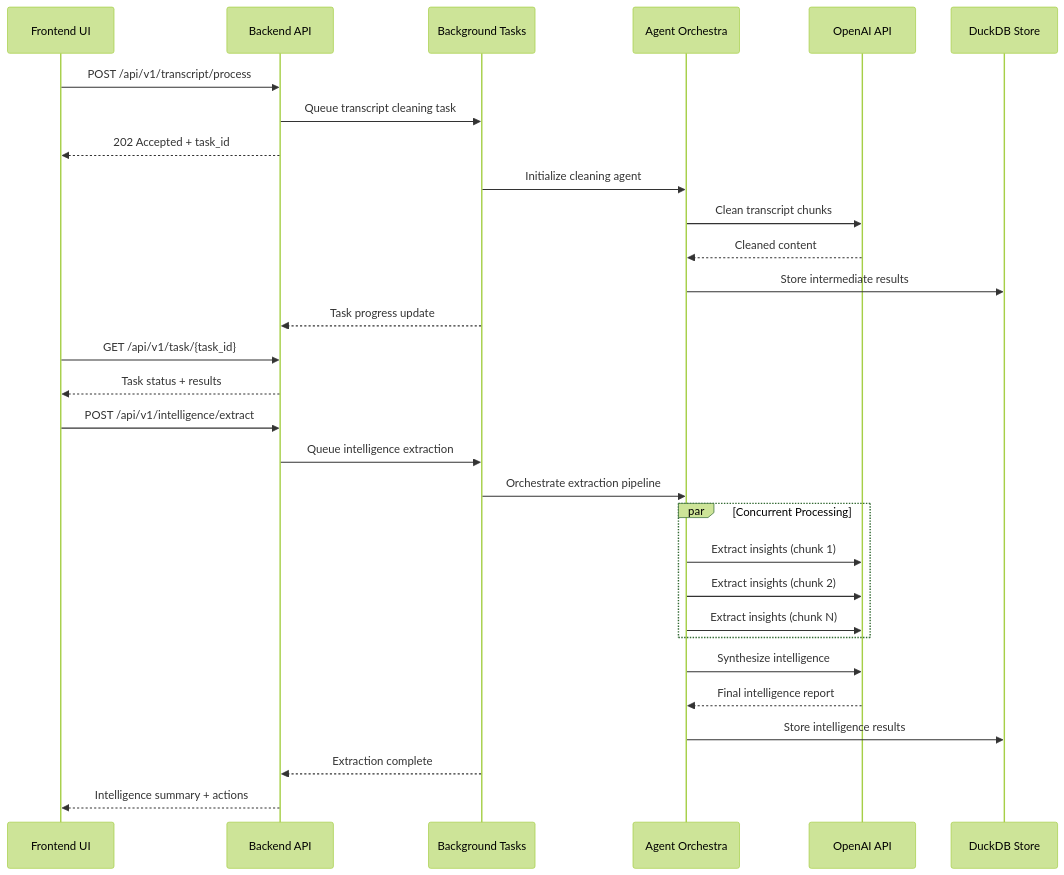
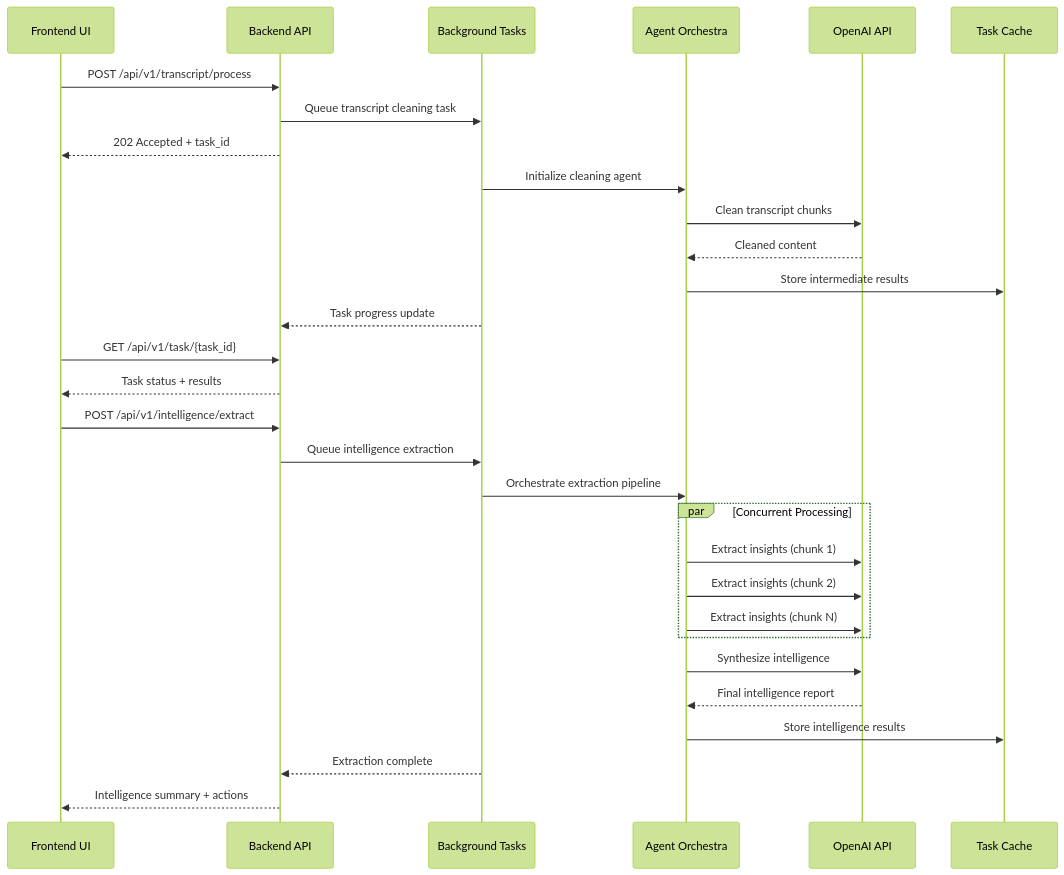
One commit to denim-bluu/meeting_transcripts_cleaner changed the second of 2 diagrams in README.md. Above: the diagram before and after it, drawn with Mermaid (forest theme). The commit also changed other lines of this file and 74 other files, not shown here.

````diff
--- a/README.md
+++ b/README.md
@@ -227,40 +228,40 @@
 ```mermaid
 sequenceDiagram
     participant UI as Frontend UI
     participant API as Backend API
     participant BG as Background Tasks
     participant AG as Agent Orchestra
     participant AI as OpenAI API
-    participant DB as DuckDB Store
+    participant TC as Task Cache
 
     UI->>API: POST /api/v1/transcript/process
     API->>BG: Queue transcript cleaning task
     API-->>UI: 202 Accepted + task_id
 
     BG->>AG: Initialize cleaning agent
     AG->>AI: Clean transcript chunks
     AI-->>AG: Cleaned content
-    AG->>DB: Store intermediate results
+    AG->>TC: Store intermediate results
     BG-->>API: Task progress update
 
     UI->>API: GET /api/v1/task/{task_id}
     API-->>UI: Task status + results
 
     UI->>API: POST /api/v1/intelligence/extract
     API->>BG: Queue intelligence extraction
 
     BG->>AG: Orchestrate extraction pipeline
 
     par Concurrent Processing
         AG->>AI: Extract insights (chunk 1)
         AG->>AI: Extract insights (chunk 2)
         AG->>AI: Extract insights (chunk N)
     end
 
     AG->>AI: Synthesize intelligence
     AI-->>AG: Final intelligence report
-    AG->>DB: Store intelligence results
+    AG->>TC: Store intelligence results
     BG-->>API: Extraction complete
 
     API-->>UI: Intelligence summary + actions
 ```
````
